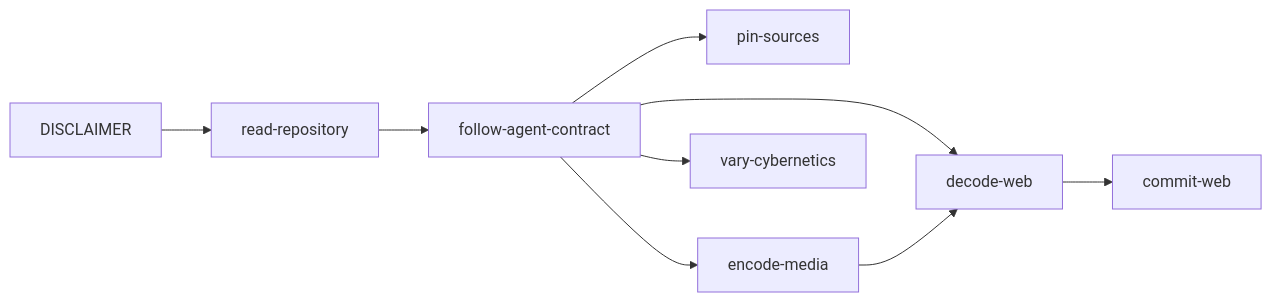
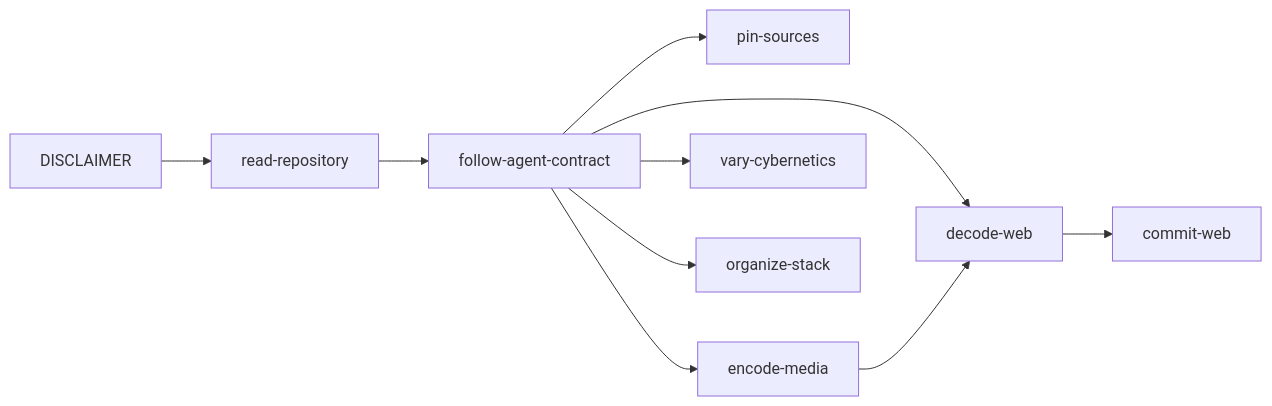
One commit to wetware-hq/web changed the diagram in docs/read-repository.md. Above: the diagram before and after it, drawn with Mermaid. The commit also changed other lines of this file and 7 other files, not shown here.

Commit message:
Enforce the DNA sequence primitive across the stack; map tesseract, web, bases, helix (WET-139)

````diff
--- a/docs/read-repository.md
+++ b/docs/read-repository.md
@@ -47,11 +49,12 @@
 ```mermaid { type: notebook.cell }
 flowchart LR
     D[DISCLAIMER] --> R[read-repository]
     R --> C[follow-agent-contract]
     C --> P[pin-sources]
     C --> E[encode-media]
     C --> X[decode-web]
     E --> X
     X --> S[commit-web]
     C --> V[vary-cybernetics]
+    C --> M[organize-stack]
 ```
````
